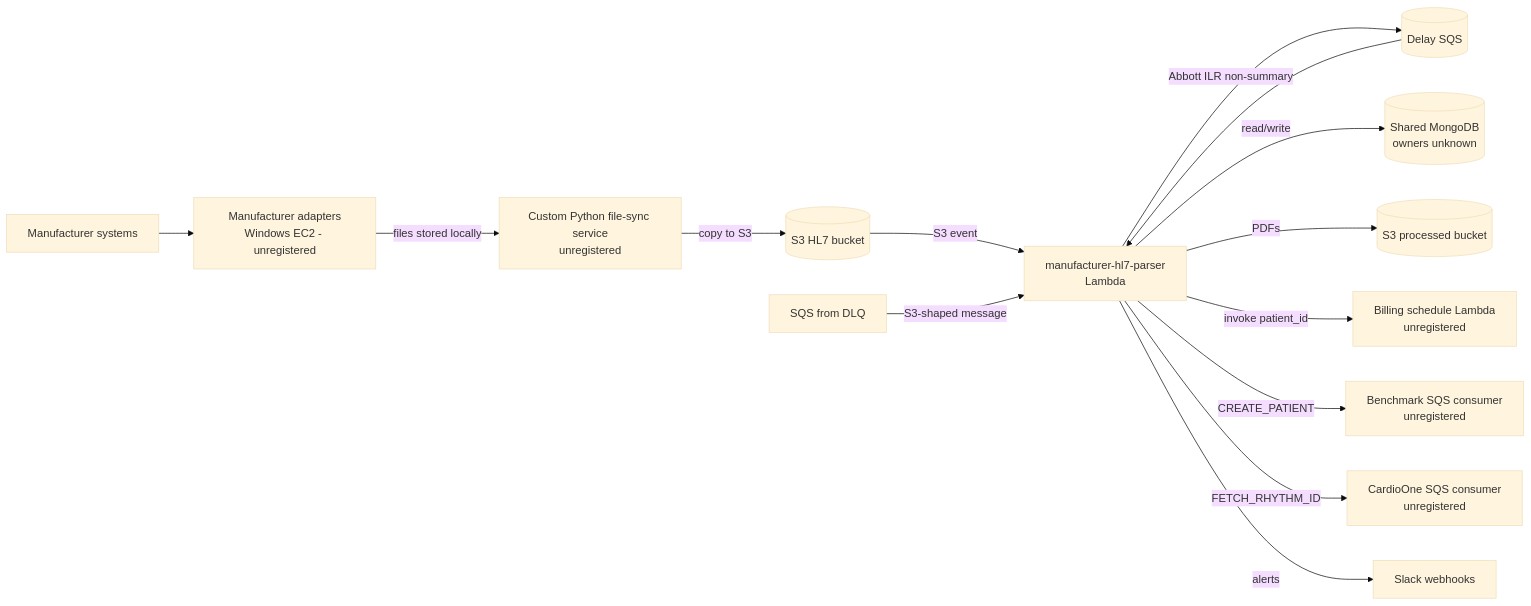
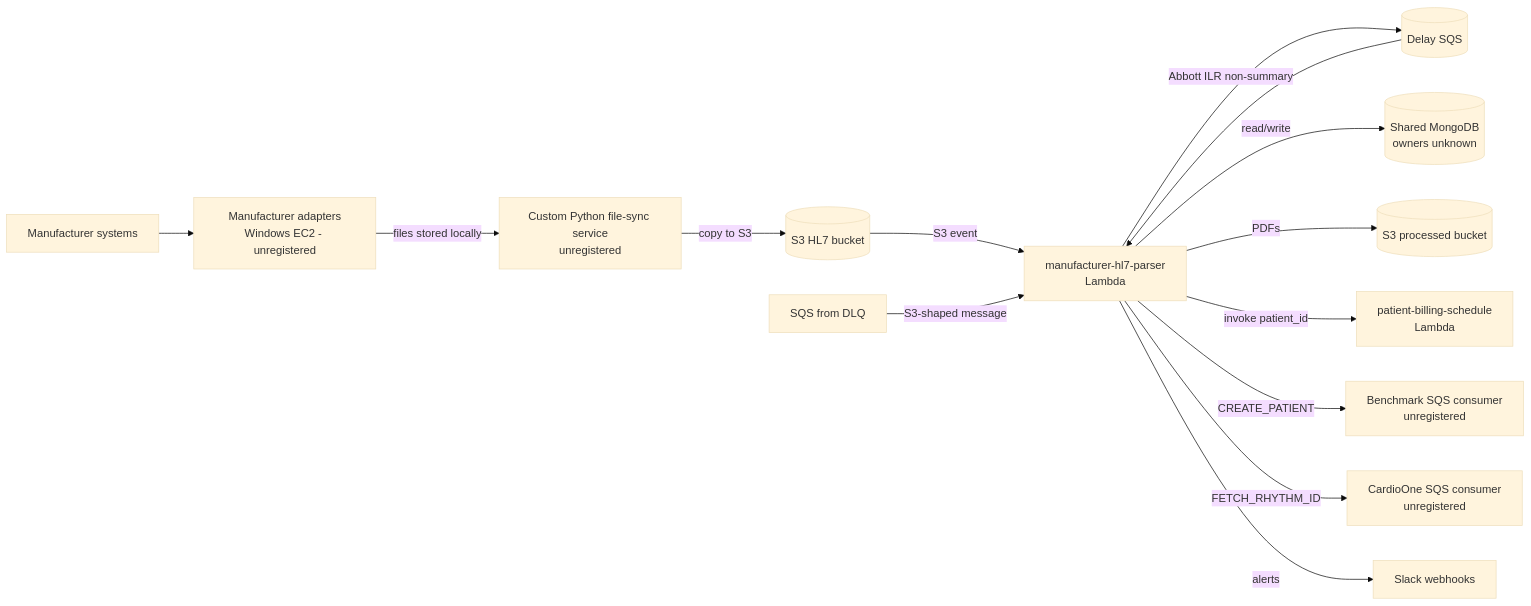
Before and after one commit to Shradaya/aisdlc-plugin: the first of 3 diagrams in system/architecture/system-overview.md, drawn with Mermaid (base theme). The commit also changed other lines of this file and 27 other files, not shown here.

Commit message:
Add Patient Billing Schedule

````diff
--- a/system/architecture/system-overview.md
+++ b/system/architecture/system-overview.md
@@ -7,15 +7,15 @@
 ```mermaid
 flowchart LR
   MFR[Manufacturer systems] --> AD[Manufacturer adapters<br/>Windows EC2 - unregistered]
   AD -->|files stored locally| SYNC[Custom Python file-sync service<br/>unregistered]
   SYNC -->|copy to S3| S3[(S3 HL7 bucket)]
   S3 -->|S3 event| P
   DLQ[SQS from DLQ] -->|S3-shaped message| P
   P[manufacturer-hl7-parser<br/>Lambda] -->|Abbott ILR non-summary| DQ[(Delay SQS)] --> P
   P -->|read/write| DB[(Shared MongoDB<br/>owners unknown)]
   P -->|PDFs| PS3[(S3 processed bucket)]
-  P -->|invoke patient_id| BILL[Billing schedule Lambda<br/>unregistered]
+  P -->|invoke patient_id| BILL[patient-billing-schedule<br/>Lambda]
   P -->|CREATE_PATIENT| BM[Benchmark SQS consumer<br/>unregistered]
   P -->|FETCH_RHYTHM_ID| C1[CardioOne SQS consumer<br/>unregistered]
   P -->|alerts| SL[Slack webhooks]
 ```
````
